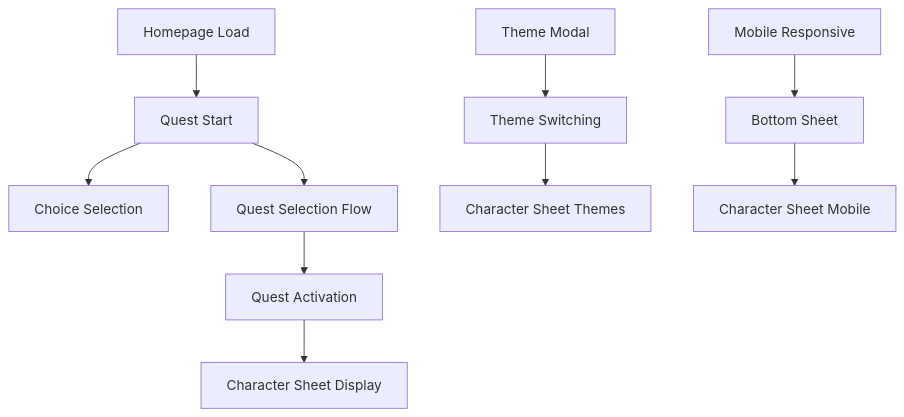
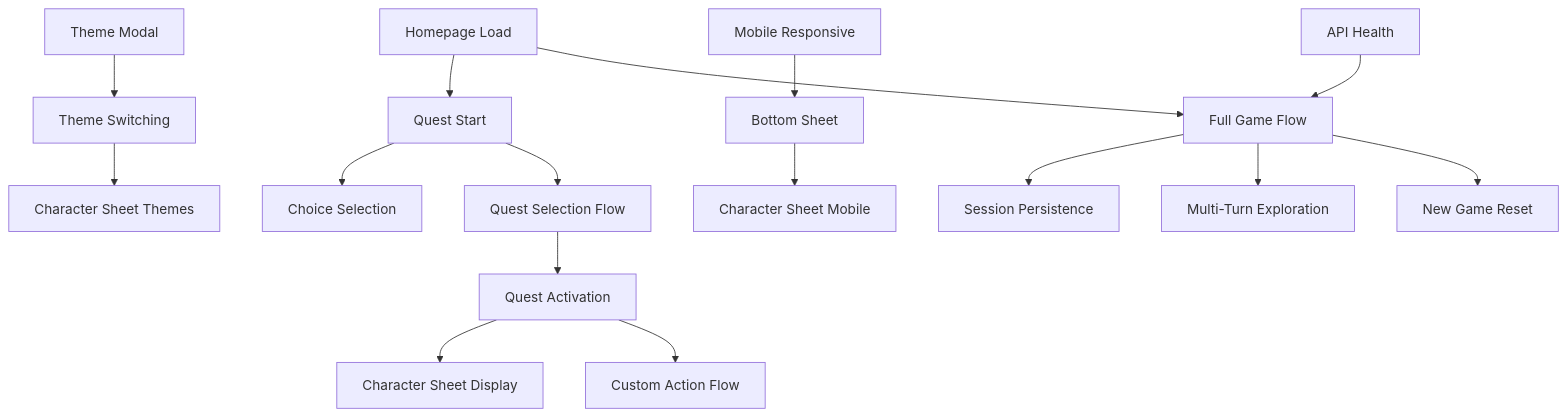
The diagram in .agentic-framework/workflows/playwright-e2e.md (darth-dodo/pocket-portals), drawn with Mermaid before and after one commit. The commit also changed other lines of this file and 1 other file, not shown here.

First line of the commit message:
docs: Add session persistence and full game flow E2E tests

````diff
--- a/.agentic-framework/workflows/playwright-e2e.md
+++ b/.agentic-framework/workflows/playwright-e2e.md
@@ -450,14 +519,24 @@
 ```mermaid
 graph TD
     A[Homepage Load] --> B[Quest Start]
     B --> C[Choice Selection]
     B --> D[Quest Selection Flow]
     D --> E[Quest Activation]
     E --> F[Character Sheet Display]
 
     G[Theme Modal] --> H[Theme Switching]
     H --> I[Character Sheet Themes]
 
     J[Mobile Responsive] --> K[Bottom Sheet]
     K --> L[Character Sheet Mobile]
+
+    %% Session & State Tests
+    A --> M[Full Game Flow]
+    M --> N[Session Persistence]
+    M --> O[Multi-Turn Exploration]
+    E --> P[Custom Action Flow]
+    M --> Q[New Game Reset]
+
+    %% API Tests
+    R[API Health] --> M
 ```
````
